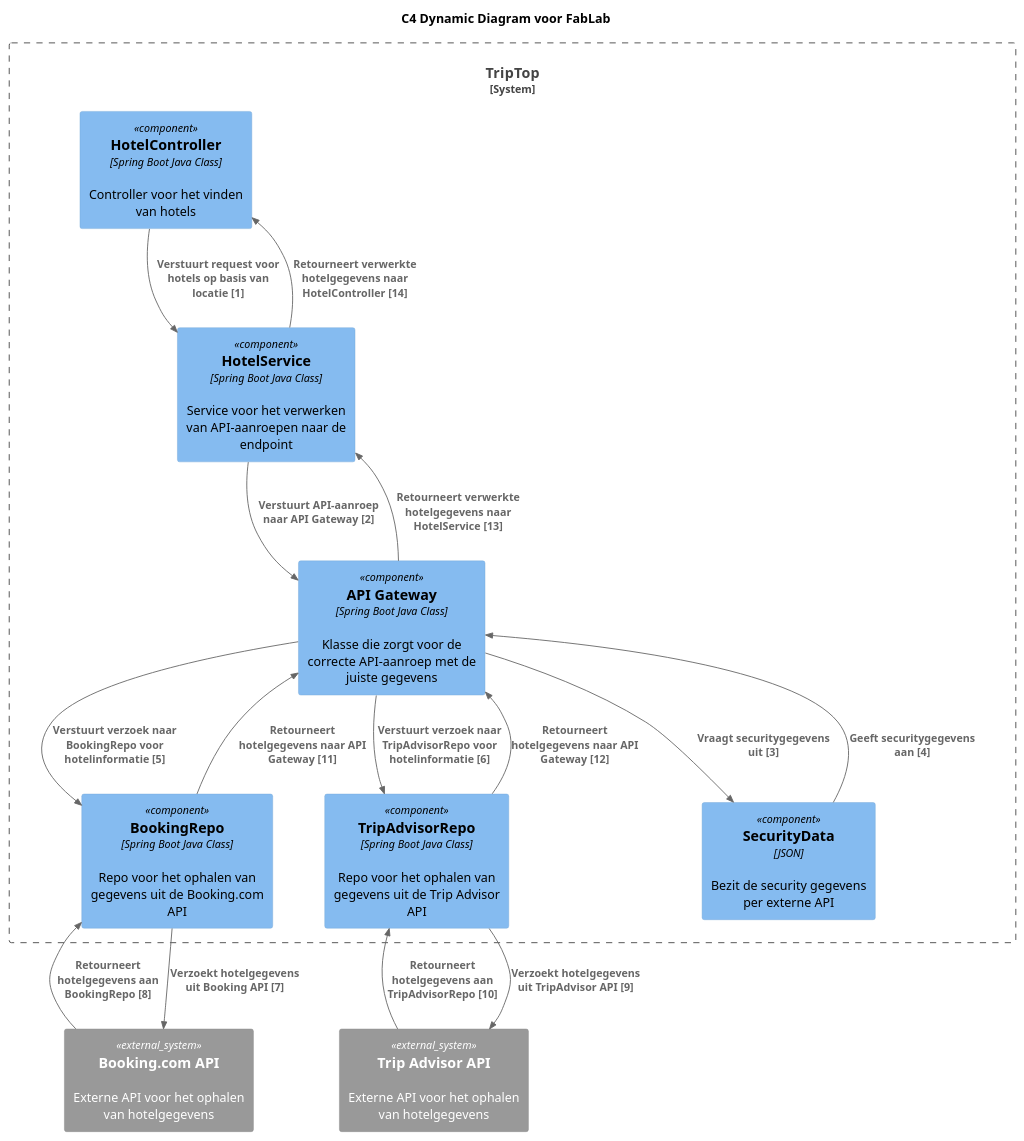
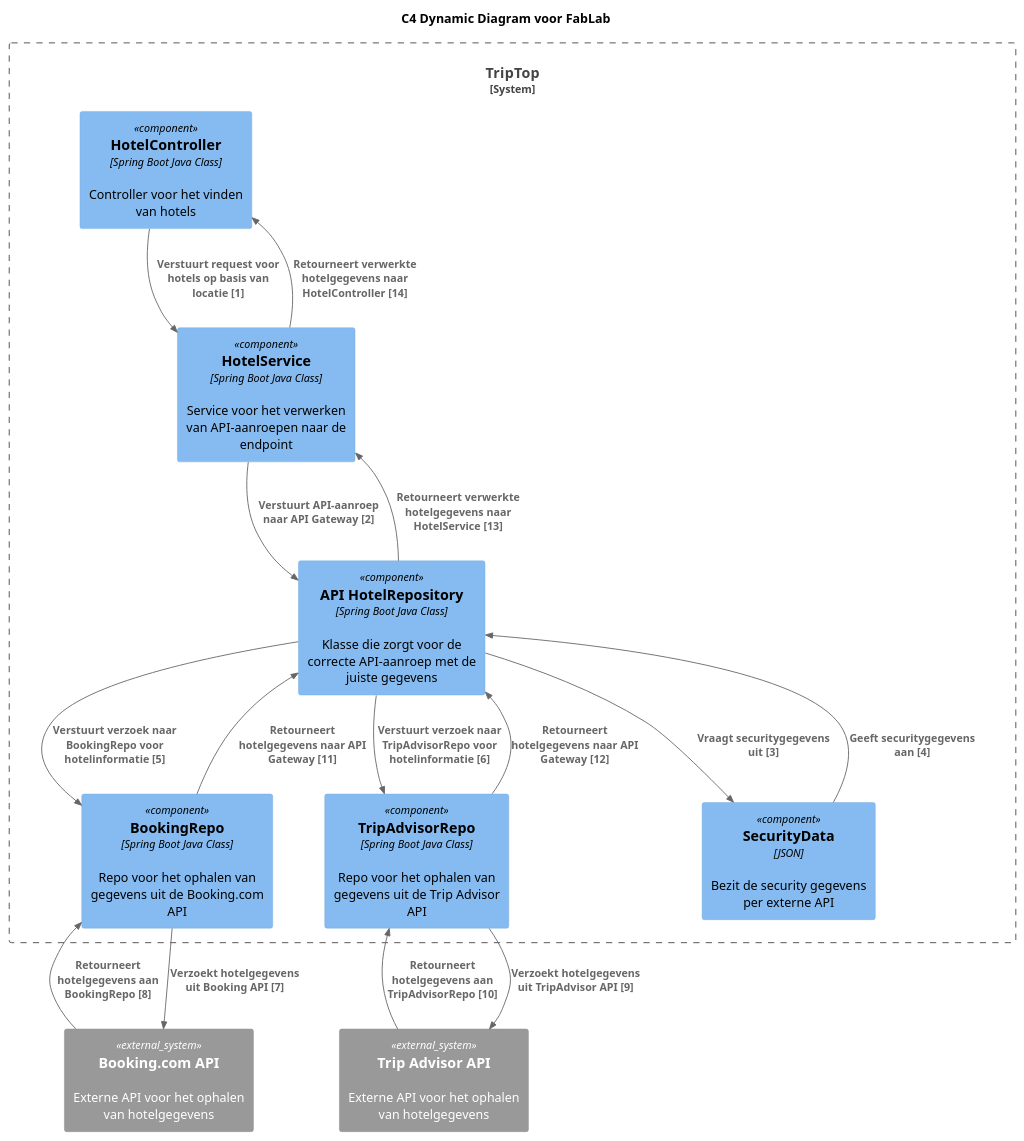
Before and after one commit to AIM-ENE-feb25/triptop-jrn: the diagram in huiswerkNiels/huiswerkAPI/src/main/java/com/example/huiswerkAPI/Dynamisch_diagram_onderzoeksvraag_niels.puml, drawn with PlantUML. The commit also changed 2 other files, not shown here.

Commit message:
component diagram & dynamic diagram aangepast

```diff
--- a/huiswerkNiels/huiswerkAPI/src/main/java/com/example/huiswerkAPI/Dynamisch_diagram_onderzoeksvraag_niels.puml
+++ b/huiswerkNiels/huiswerkAPI/src/main/java/com/example/huiswerkAPI/Dynamisch_diagram_onderzoeksvraag_niels.puml
@@ -1,33 +1,33 @@
 @startuml
 !include <C4/C4_Component>
 
 title C4 Dynamic Diagram voor FabLab
 
 System_Boundary(triptop_core, "TripTop") {
 
 Component(HotelController, "HotelController", "Spring Boot Java Class", "Controller voor het vinden van hotels")
 Component(HotelService, "HotelService", "Spring Boot Java Class", "Service voor het verwerken van API-aanroepen naar de endpoint")
-Component(API_Gateway, "API Gateway", "Spring Boot Java Class", "Klasse die zorgt voor de correcte API-aanroep met de juiste gegevens")
+Component(HotelRepository, "API HotelRepository", "Spring Boot Java Class", "Klasse die zorgt voor de correcte API-aanroep met de juiste gegevens")
 Component(BookingRepo, "BookingRepo", "Spring Boot Java Class", "Repo voor het ophalen van gegevens uit de Booking.com API")
 Component(TripAdvisorRepo, "TripAdvisorRepo", "Spring Boot Java Class", "Repo voor het ophalen van gegevens uit de Trip Advisor API")
 Component(SecurityData, "SecurityData", "JSON", "Bezit de security gegevens per externe API")
 }
 
 System_Ext(Booking, "Booking.com API", "Externe API voor het ophalen van hotelgegevens")
 System_Ext(TripAdvisor, "Trip Advisor API", "Externe API voor het ophalen van hotelgegevens")
 
 Rel("HotelController", "HotelService", "Verstuurt request voor hotels op basis van locatie [1]")
-Rel("HotelService", "API_Gateway", "Verstuurt API-aanroep naar API Gateway [2]")
-Rel("API_Gateway", "SecurityData", "Vraagt securitygegevens uit [3]")
-Rel("SecurityData", "API_Gateway", "Geeft securitygegevens aan [4]")
-Rel("API_Gateway", "BookingRepo", "Verstuurt verzoek naar BookingRepo voor hotelinformatie [5]")
-Rel("API_Gateway", "TripAdvisorRepo", "Verstuurt verzoek naar TripAdvisorRepo voor hotelinformatie [6]")
+Rel("HotelService", "HotelRepository", "Verstuurt API-aanroep naar API Gateway [2]")
+Rel("HotelRepository", "SecurityData", "Vraagt securitygegevens uit [3]")
+Rel("SecurityData", "HotelRepository", "Geeft securitygegevens aan [4]")
+Rel("HotelRepository", "BookingRepo", "Verstuurt verzoek naar BookingRepo voor hotelinformatie [5]")
+Rel("HotelRepository", "TripAdvisorRepo", "Verstuurt verzoek naar TripAdvisorRepo voor hotelinformatie [6]")
 Rel("BookingRepo", "Booking", "Verzoekt hotelgegevens uit Booking API [7]")
 Rel("Booking", "BookingRepo", "Retourneert hotelgegevens aan BookingRepo [8]")
 Rel("TripAdvisorRepo", "TripAdvisor", "Verzoekt hotelgegevens uit TripAdvisor API [9]")
 Rel("TripAdvisor", "TripAdvisorRepo", "Retourneert hotelgegevens aan TripAdvisorRepo [10]")
-Rel("BookingRepo", "API_Gateway", "Retourneert hotelgegevens naar API Gateway [11]")
-Rel("TripAdvisorRepo", "API_Gateway", "Retourneert hotelgegevens naar API Gateway [12]")
-Rel("API_Gateway", "HotelService", "Retourneert verwerkte hotelgegevens naar HotelService [13]")
+Rel("BookingRepo", "HotelRepository", "Retourneert hotelgegevens naar API Gateway [11]")
+Rel("TripAdvisorRepo", "HotelRepository", "Retourneert hotelgegevens naar API Gateway [12]")
+Rel("HotelRepository", "HotelService", "Retourneert verwerkte hotelgegevens naar HotelService [13]")
 Rel("HotelService", "HotelController", "Retourneert verwerkte hotelgegevens naar HotelController [14]")
 @enduml
```
